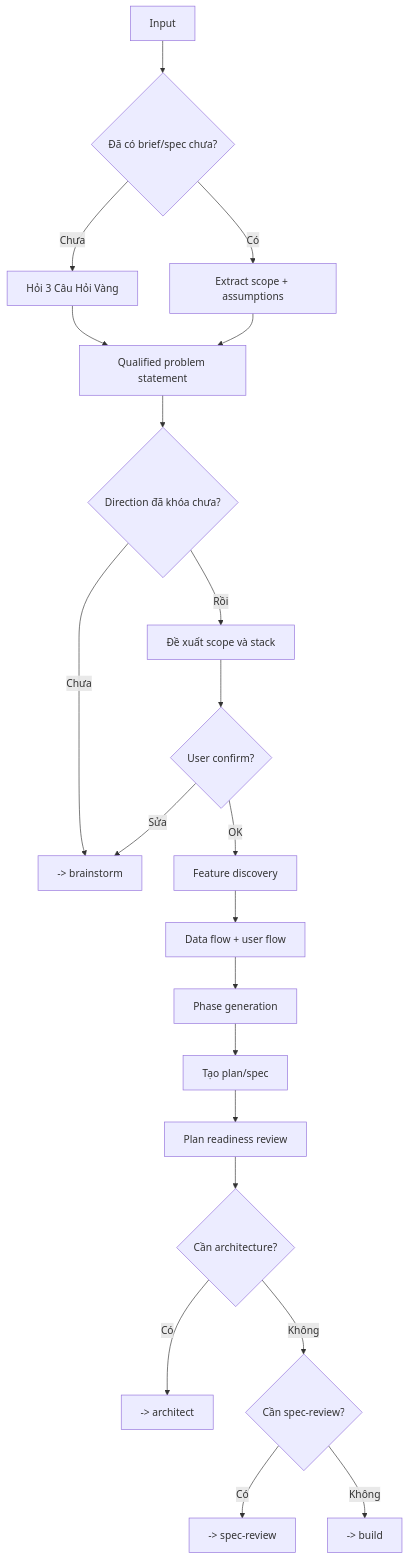
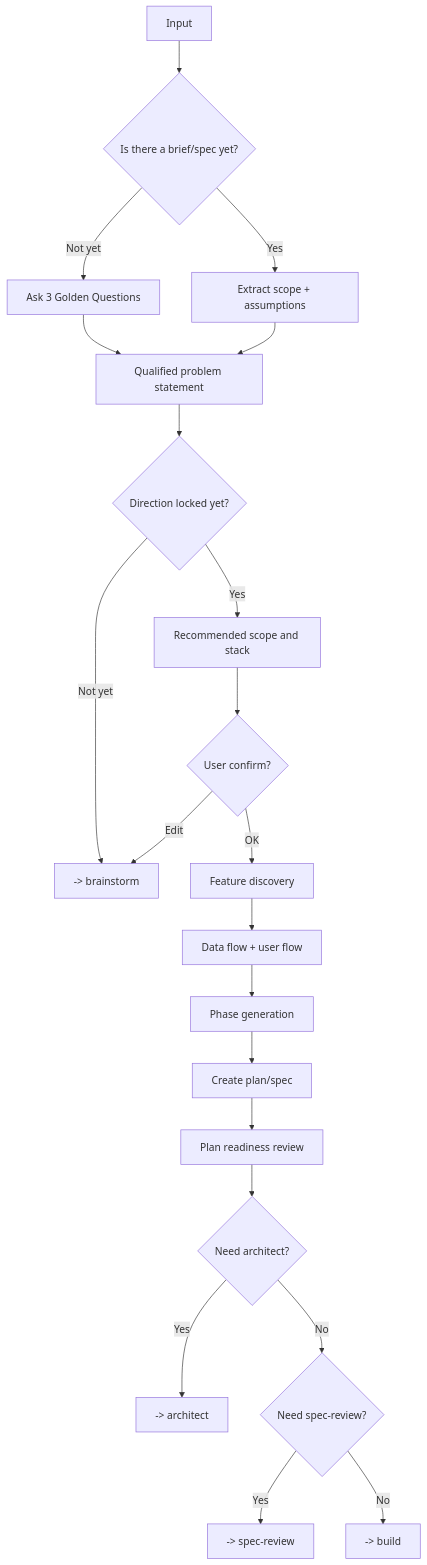
The diagram in packages/forge-core/workflows/design/plan.md (nguyenphat57/forge), drawn with Mermaid before and after one commit. The commit also changed other lines of this file and 82 other files, not shown here.

````diff
--- a/packages/forge-core/workflows/design/plan.md
+++ b/packages/forge-core/workflows/design/plan.md
@@ -43,23 +43,23 @@
 ```mermaid
 flowchart TD
-    A[Input] --> B{Đã có brief/spec chưa?}
-    B -->|Có| C[Extract scope + assumptions]
-    B -->|Chưa| D[Hỏi 3 Câu Hỏi Vàng]
+    A[Input] --> B{Is there a brief/spec yet?}
+    B -->|Yes| C[Extract scope + assumptions]
+    B -->|Not yet| D[Ask 3 Golden Questions]
     D --> E[Qualified problem statement]
     C --> E
-    E --> F{Direction đã khóa chưa?}
-    F -->|Chưa| G[-> brainstorm]
-    F -->|Rồi| H[Đề xuất scope và stack]
+    E --> F{Direction locked yet?}
+    F -->|Not yet| G[-> brainstorm]
+    F -->|Yes| H[Recommended scope and stack]
     H --> I{User confirm?}
-    I -->|Sửa| G
+    I -->|Edit| G
     I -->|OK| J[Feature discovery]
     J --> K[Data flow + user flow]
     K --> L[Phase generation]
-    L --> M[Tạo plan/spec]
+    L --> M[Create plan/spec]
     M --> N[Plan readiness review]
-    N --> O{Cần architecture?}
-    O -->|Có| P[-> architect]
-    O -->|Không| Q{Cần spec-review?}
-    Q -->|Có| R[-> spec-review]
-    Q -->|Không| S[-> build]
+    N --> O{Need architect?}
+    O -->|Yes| P[-> architect]
+    O -->|No| Q{Need spec-review?}
+    Q -->|Yes| R[-> spec-review]
+    Q -->|No| S[-> build]
 ```
````
